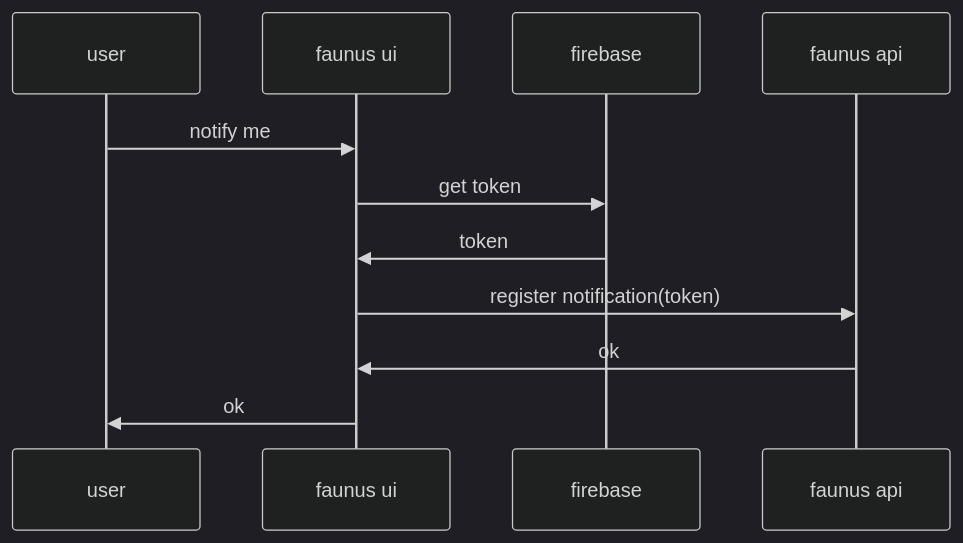
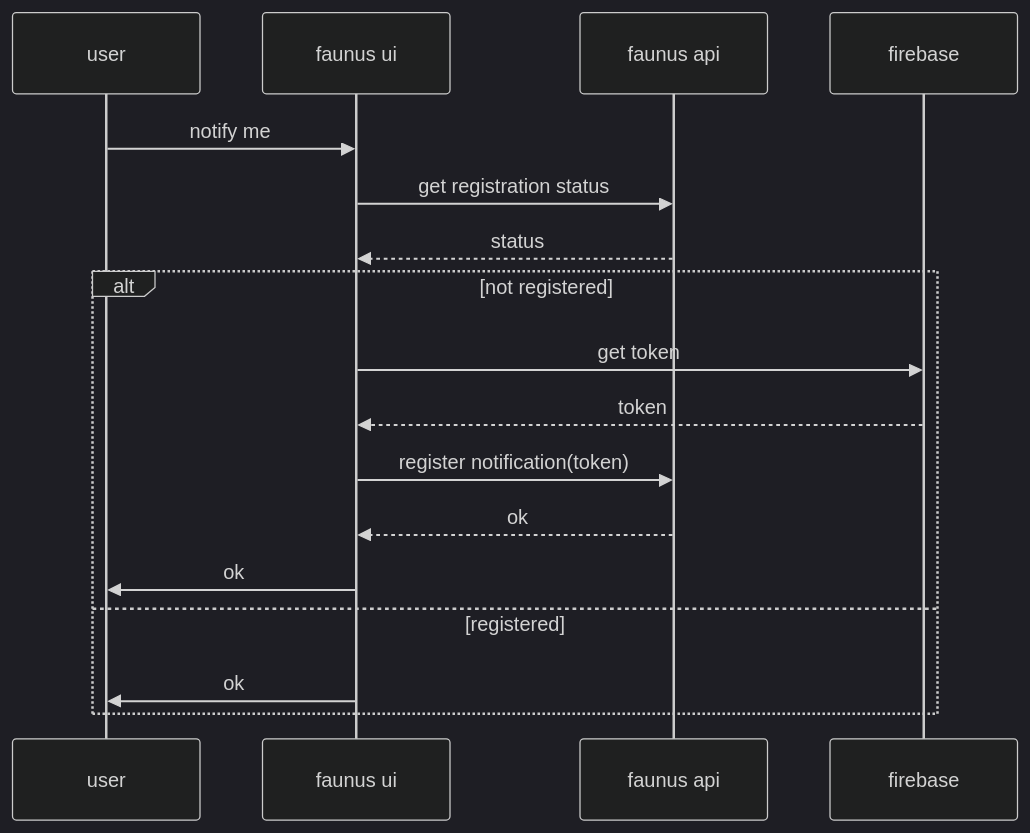
Before and after one commit to Shetabi/faunus: the diagram in faunus-api/docs/diagrams/notification-registration.mmd, drawn with Mermaid (dark theme). The commit also changed 18 other files, not shown here.

```diff
--- a/faunus-api/docs/diagrams/notification-registration.mmd
+++ b/faunus-api/docs/diagrams/notification-registration.mmd
@@ -1,7 +1,13 @@
 sequenceDiagram
     user->>faunus ui: notify me
-    faunus ui->>firebase: get token
-    firebase->>faunus ui: token
-    faunus ui->>faunus api: register notification(token)
-    faunus api->>faunus ui: ok
-    faunus ui->>user: ok
+    faunus ui->>faunus api: get registration status
+    faunus api-->>faunus ui: status
+    alt not registered
+        faunus ui->>firebase: get token
+        firebase-->>faunus ui: token
+        faunus ui->>faunus api: register notification(token)
+        faunus api-->>faunus ui: ok
+        faunus ui->>user: ok
+    else registered
+        faunus ui->>user: ok
+    end
```
